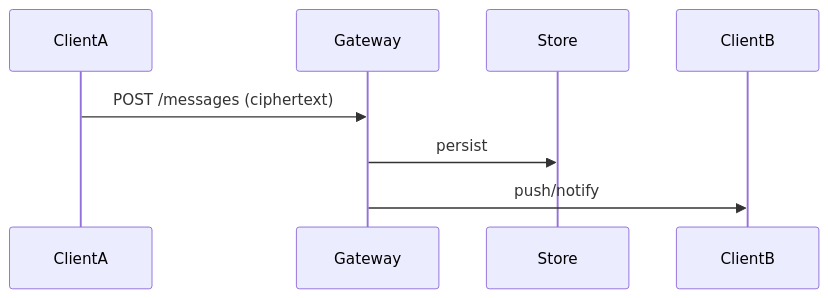
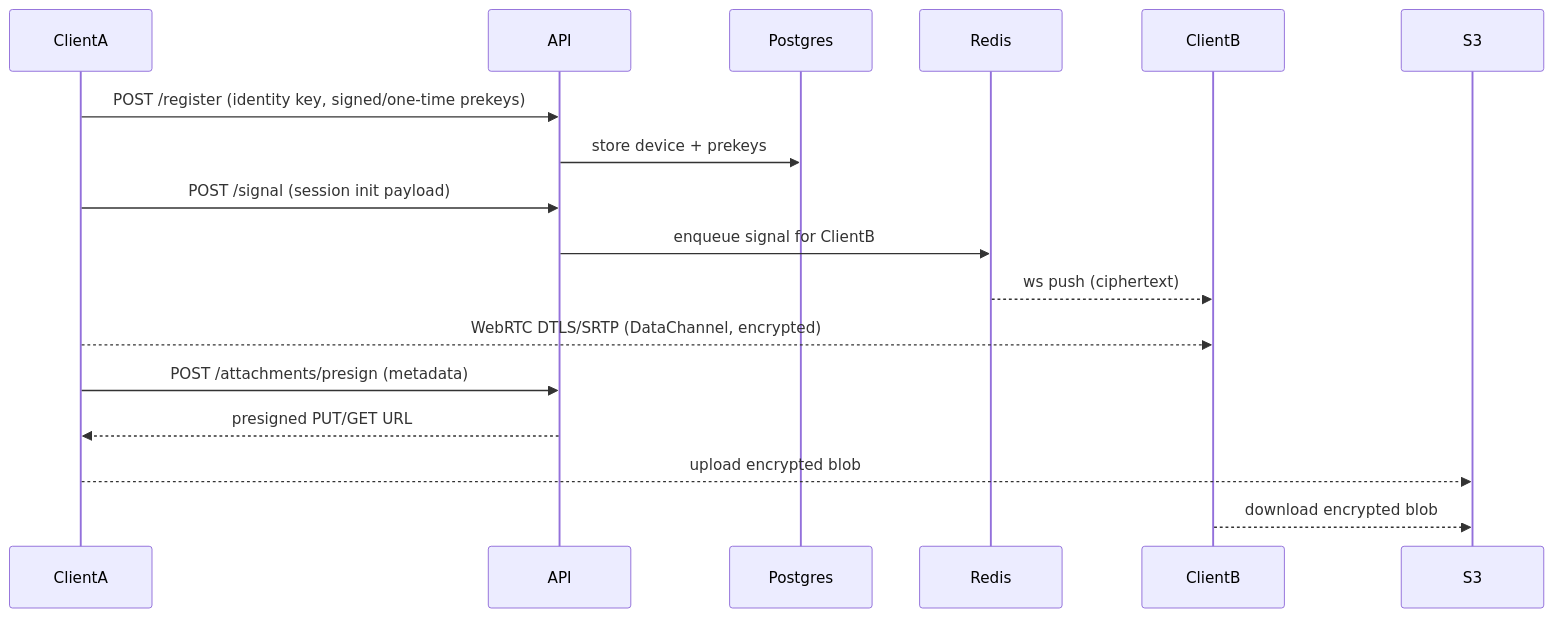
Before and after one commit to ShapArt/private-messenger: the diagram in docs/overview.md, drawn with Mermaid. The commit also changed other lines of this file and 15 other files, not shown here.

````diff
--- a/docs/overview.md
+++ b/docs/overview.md
@@ -4,10 +4,19 @@
 ```mermaid
 sequenceDiagram
   participant ClientA
-  participant Gateway
-  participant Store
+  participant API
+  participant Postgres
+  participant Redis
   participant ClientB
-  ClientA->>Gateway: POST /messages (ciphertext)
-  Gateway->>Store: persist
-  Gateway->>ClientB: push/notify
+
+  ClientA->>API: POST /register (identity key, signed/one-time prekeys)
+  API->>Postgres: store device + prekeys
+  ClientA->>API: POST /signal (session init payload)
+  API->>Redis: enqueue signal for ClientB
+  Redis-->>ClientB: ws push (ciphertext)
+  ClientA-->>ClientB: WebRTC DTLS/SRTP (DataChannel, encrypted)
+  ClientA->>API: POST /attachments/presign (metadata)
+  API-->>ClientA: presigned PUT/GET URL
+  ClientA-->>S3: upload encrypted blob
+  ClientB-->>S3: download encrypted blob
 ```
````
